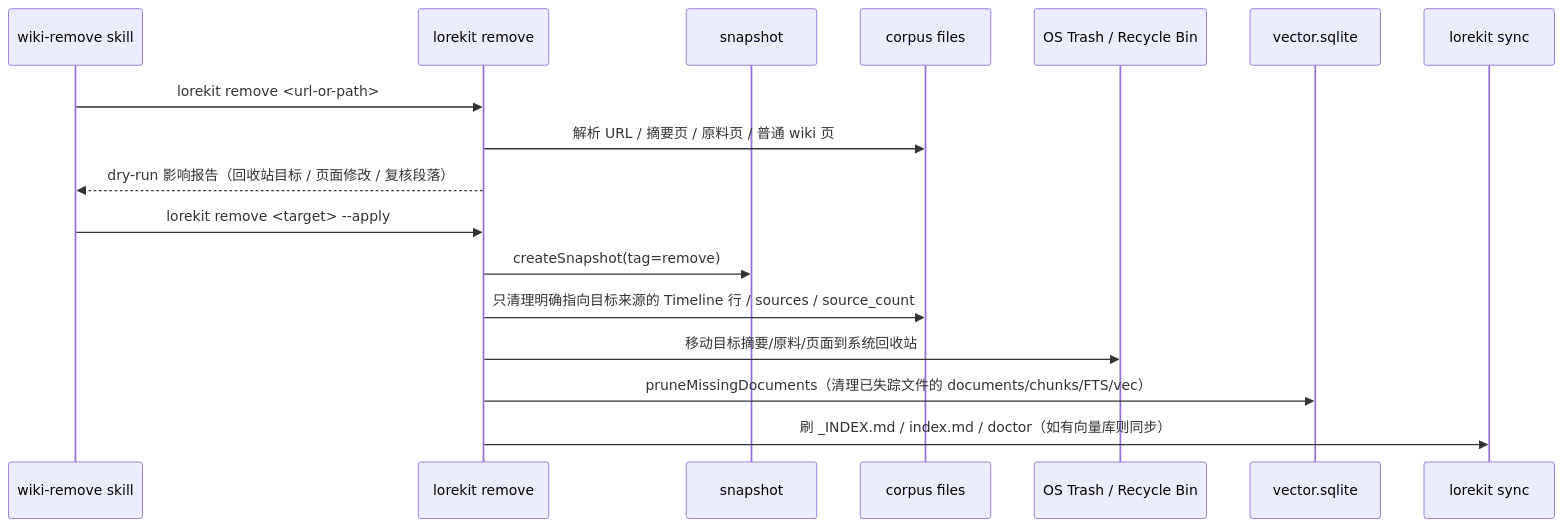
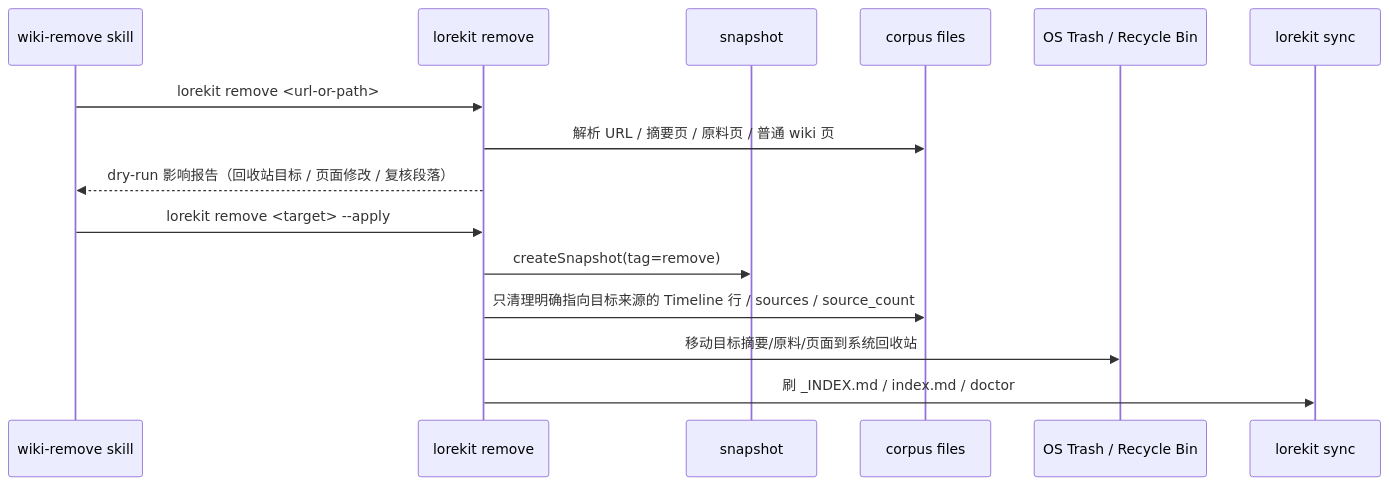
The fourth of 5 diagrams in docs/ARCHITECTURE.md (GYF0311/lorekit), drawn with Mermaid before and after one commit. The commit also changed other lines of this file and 90 other files, not shown here.

````diff
--- a/docs/ARCHITECTURE.md
+++ b/docs/ARCHITECTURE.md
@@ -145,20 +138,18 @@
 ```mermaid
 sequenceDiagram
   participant Agent as wiki-remove skill
   participant Remove as lorekit remove
   participant Snapshot as snapshot
   participant Disk as corpus files
   participant Trash as OS Trash / Recycle Bin
-  participant Vec as vector.sqlite
   participant Sync as lorekit sync
 
   Agent->>Remove: lorekit remove <url-or-path>
   Remove->>Disk: 解析 URL / 摘要页 / 原料页 / 普通 wiki 页
   Remove-->>Agent: dry-run 影响报告（回收站目标 / 页面修改 / 复核段落）
   Agent->>Remove: lorekit remove <target> --apply
   Remove->>Snapshot: createSnapshot(tag=remove)
   Remove->>Disk: 只清理明确指向目标来源的 Timeline 行 / sources / source_count
   Remove->>Trash: 移动目标摘要/原料/页面到系统回收站
-  Remove->>Vec: pruneMissingDocuments（清理已失踪文件的 documents/chunks/FTS/vec）
-  Remove->>Sync: 刷 _INDEX.md / index.md / doctor（如有向量库则同步）
+  Remove->>Sync: 刷 _INDEX.md / index.md / doctor
 ```
````
